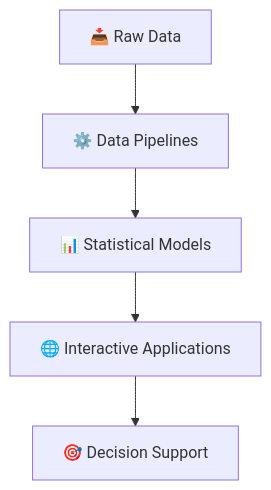
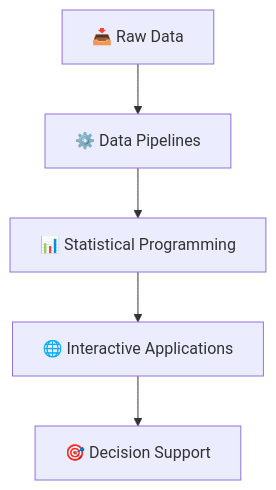
The diagram in README.md (jeanmendes-dev/jeanmendes-dev), drawn with Mermaid before and after one commit. The commit also changed other lines of this file, not shown here.

````diff
--- a/README.md
+++ b/README.md
@@ -35,15 +35,14 @@
 ```mermaid
 flowchart TD
 
-A[📥 Raw Data]
-B[⚙️ Data Pipelines]
-C[📊 Statistical Models]
-D[🌐 Interactive Applications]
-E[🎯 Decision Support]
+A["📥 Raw Data"]
+B["⚙️ Data Pipelines"]
+C["📊 Statistical Programming"]
+D["🌐 Interactive Applications"]
+E["🎯 Decision Support"]
 
 A --> B
 B --> C
 C --> D
 D --> E
-
 ```
````
